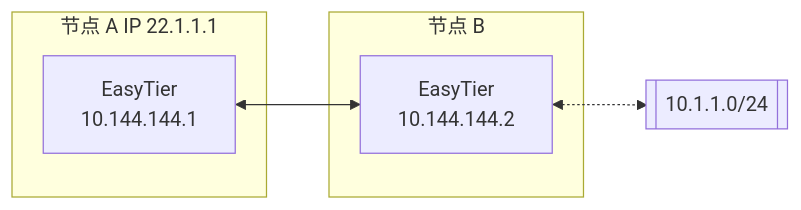
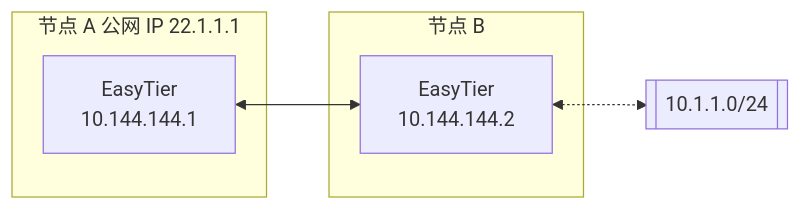
The first of 2 diagrams in README_CN.md (Detachment-x/PactMesh), drawn with Mermaid before and after one commit. The commit also changed other lines of this file and 7 other files, not shown here.

````diff
--- a/README_CN.md
+++ b/README_CN.md
@@ -189,16 +179,15 @@
 ```mermaid
 flowchart LR
 
-subgraph 节点 A IP 22.1.1.1
-nodea[EasyTier\n10.144.144.1]
+subgraph 节点 A 公网 IP 22.1.1.1
+nodea[EasyTier<br/>10.144.144.1]
 end
 
 subgraph 节点 B
-nodeb[EasyTier\n10.144.144.2]
+nodeb[EasyTier<br/>10.144.144.2]
 end
 
 id1[[10.1.1.0/24]]
 
 nodea <--> nodeb <-.-> id1
-
 ```
````
